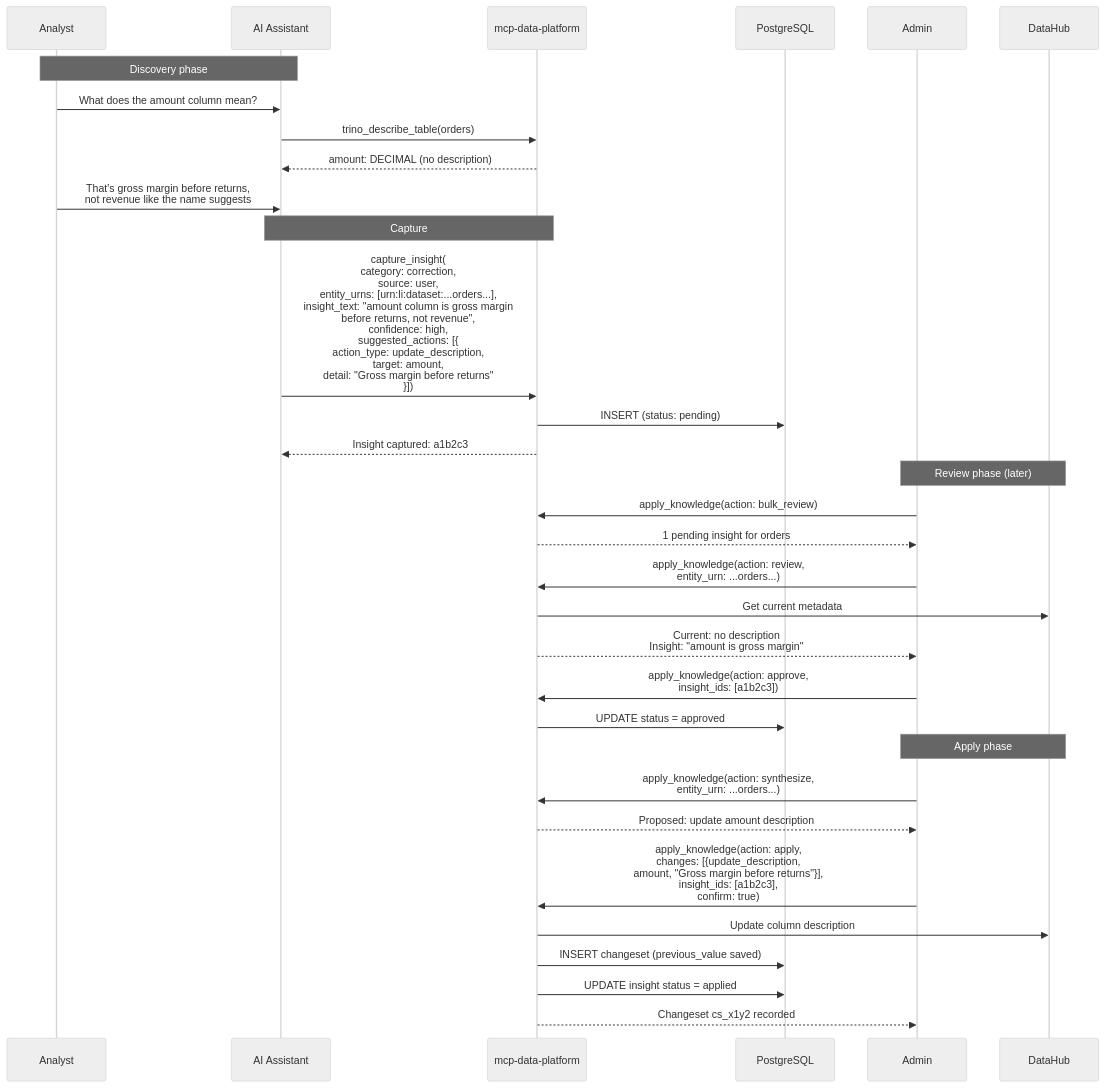
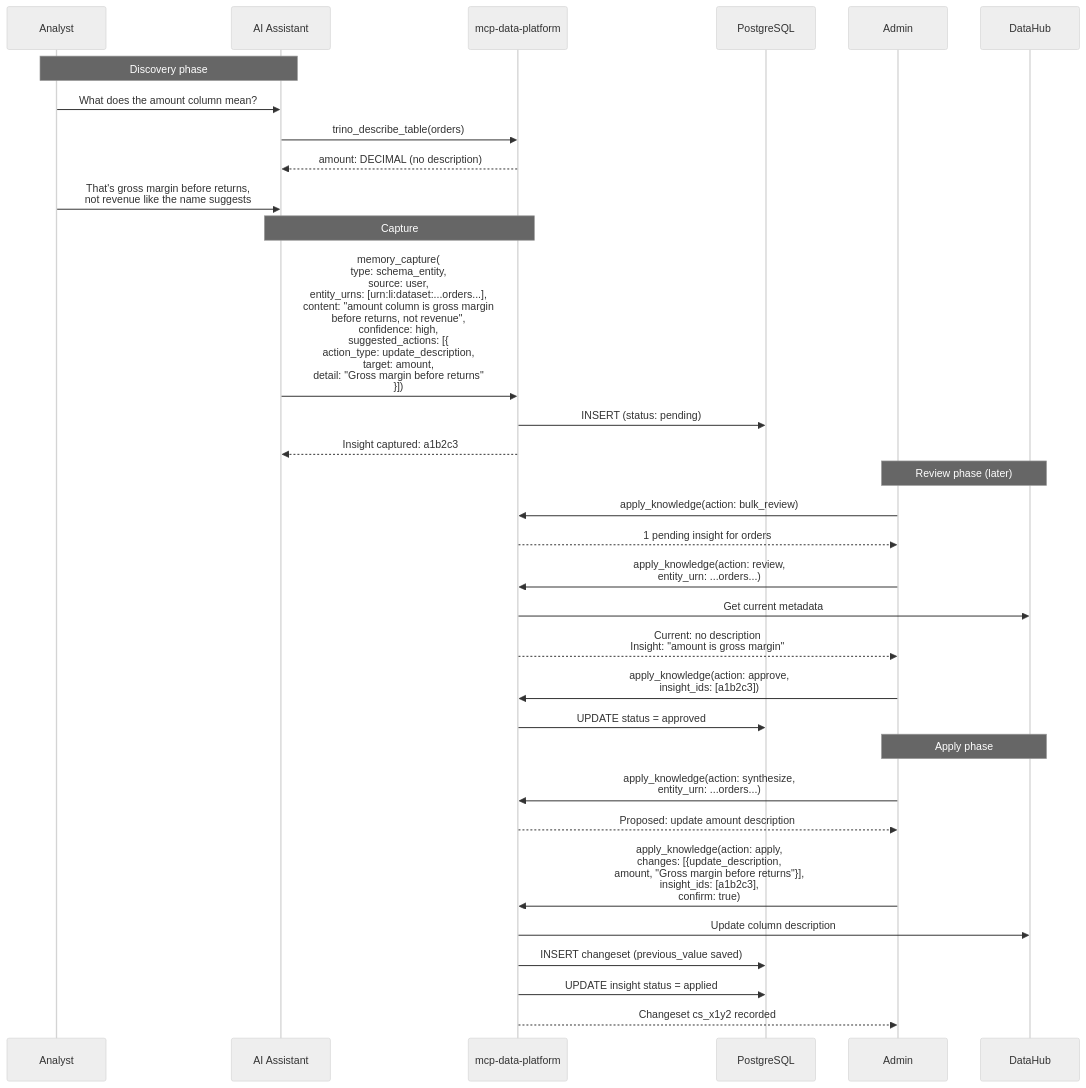
One commit to txn2/mcp-data-platform changed the diagram in docs/knowledge/governance.md. Above: the diagram before and after it, drawn with Mermaid (neutral theme). The commit also changed 48 other files, not shown here.

````diff
--- a/docs/knowledge/governance.md
+++ b/docs/knowledge/governance.md
@@ -287,41 +287,41 @@
 ```mermaid
 sequenceDiagram
     participant Analyst
     participant AI as AI Assistant
     participant Platform as mcp-data-platform
     participant DB as PostgreSQL
     participant Admin
     participant DH as DataHub
 
     Note over Analyst,AI: Discovery phase
     Analyst->>AI: What does the amount column mean?
     AI->>Platform: trino_describe_table(orders)
     Platform-->>AI: amount: DECIMAL (no description)
     Analyst->>AI: That's gross margin before returns,<br/>not revenue like the name suggests
 
     Note over AI,Platform: Capture
-    AI->>Platform: capture_insight(<br/>category: correction,<br/>source: user,<br/>entity_urns: [urn:li:dataset:...orders...],<br/>insight_text: "amount column is gross margin<br/>before returns, not revenue",<br/>confidence: high,<br/>suggested_actions: [{<br/>  action_type: update_description,<br/>  target: amount,<br/>  detail: "Gross margin before returns"<br/>}])
+    AI->>Platform: memory_capture(<br/>type: schema_entity,<br/>source: user,<br/>entity_urns: [urn:li:dataset:...orders...],<br/>content: "amount column is gross margin<br/>before returns, not revenue",<br/>confidence: high,<br/>suggested_actions: [{<br/>  action_type: update_description,<br/>  target: amount,<br/>  detail: "Gross margin before returns"<br/>}])
     Platform->>DB: INSERT (status: pending)
     Platform-->>AI: Insight captured: a1b2c3
 
     Note over Admin,DH: Review phase (later)
     Admin->>Platform: apply_knowledge(action: bulk_review)
     Platform-->>Admin: 1 pending insight for orders
 
     Admin->>Platform: apply_knowledge(action: review,<br/>entity_urn: ...orders...)
     Platform->>DH: Get current metadata
     Platform-->>Admin: Current: no description<br/>Insight: "amount is gross margin"
 
     Admin->>Platform: apply_knowledge(action: approve,<br/>insight_ids: [a1b2c3])
     Platform->>DB: UPDATE status = approved
 
     Note over Admin,DH: Apply phase
     Admin->>Platform: apply_knowledge(action: synthesize,<br/>entity_urn: ...orders...)
     Platform-->>Admin: Proposed: update amount description
 
     Admin->>Platform: apply_knowledge(action: apply,<br/>changes: [{update_description,<br/>amount, "Gross margin before returns"}],<br/>insight_ids: [a1b2c3],<br/>confirm: true)
     Platform->>DH: Update column description
     Platform->>DB: INSERT changeset (previous_value saved)
     Platform->>DB: UPDATE insight status = applied
     Platform-->>Admin: Changeset cs_x1y2 recorded
 ```
````
